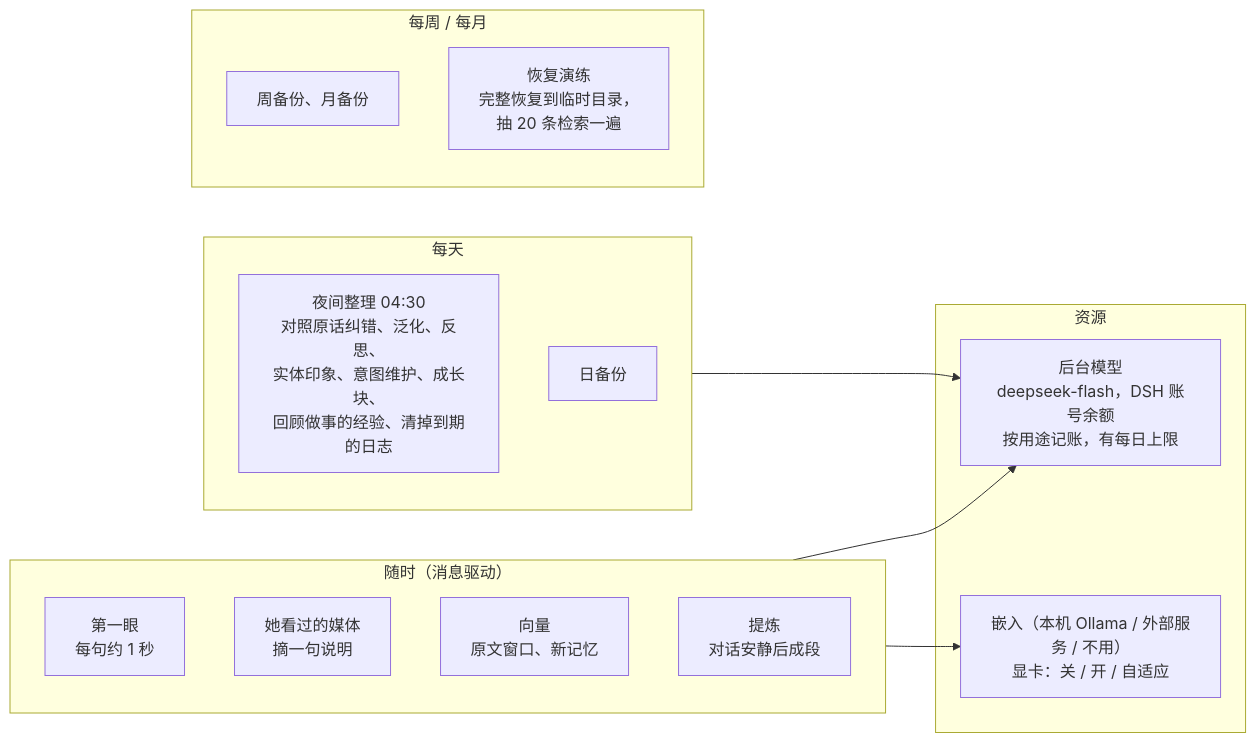
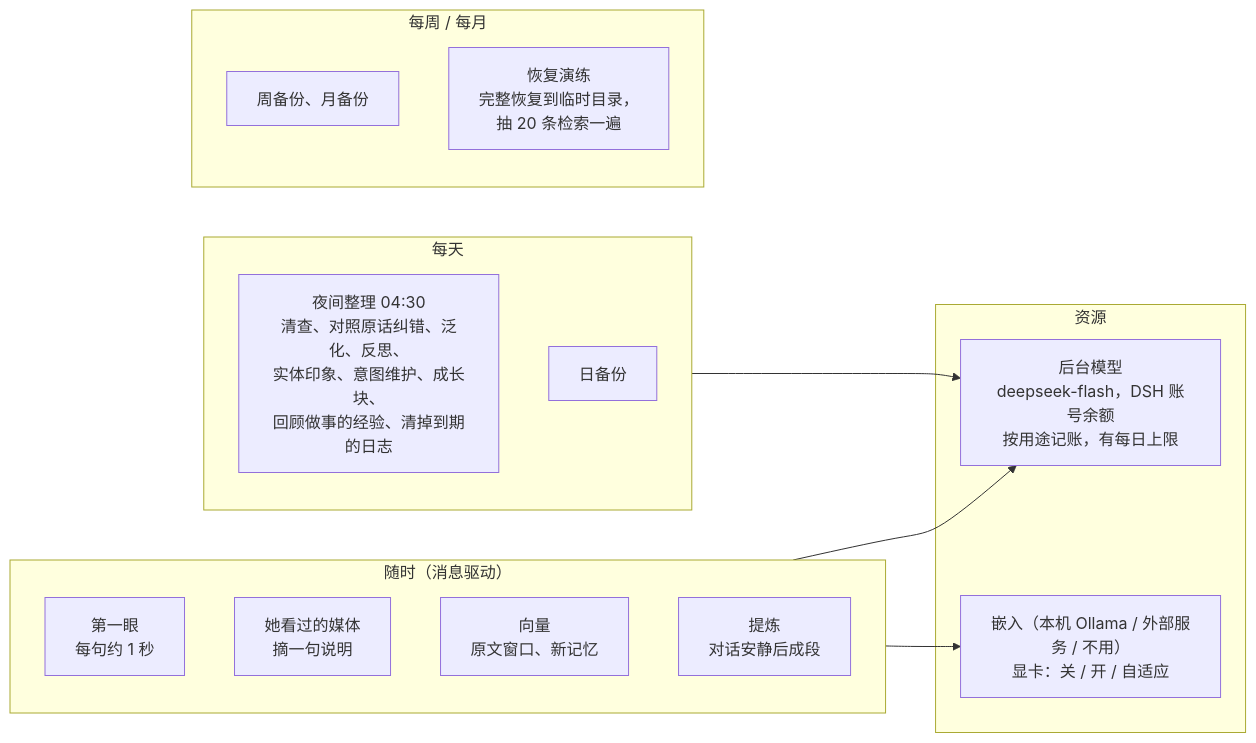
One commit to QiuYeDx/dsh-rugu changed the ninth of 10 diagrams in docs/图解.md. Above: the diagram before and after it, drawn with Mermaid. The commit also changed other lines of this file and 17 other files, not shown here.

````diff
--- a/docs/图解.md
+++ b/docs/图解.md
@@ -337,24 +338,24 @@
 ```mermaid
 flowchart LR
   subgraph RT["随时（消息驱动）"]
     a1["第一眼<br/>每句约 1 秒"]
     a2["她看过的媒体<br/>摘一句说明"]
     a3["向量<br/>原文窗口、新记忆"]
     a4["提炼<br/>对话安静后成段"]
   end
   subgraph DAY["每天"]
-    b1["夜间整理 04:30<br/>对照原话纠错、泛化、反思、<br/>实体印象、意图维护、成长块、<br/>回顾做事的经验、清掉到期的日志"]
+    b1["夜间整理 04:30<br/>清查、对照原话纠错、泛化、反思、<br/>实体印象、意图维护、成长块、<br/>回顾做事的经验、清掉到期的日志"]
     b2["日备份"]
   end
   subgraph WEEK["每周 / 每月"]
     c1["周备份、月备份"]
     c2["恢复演练<br/>完整恢复到临时目录，<br/>抽 20 条检索一遍"]
   end
   subgraph RES["资源"]
     r1["后台模型<br/>deepseek-flash，DSH 账号余额<br/>按用途记账，有每日上限"]
     r2["嵌入（本机 Ollama / 外部服务 / 不用）<br/>显卡：关 / 开 / 自适应"]
   end
   RT --> r1
   RT --> r2
   DAY --> r1
 ```
````
